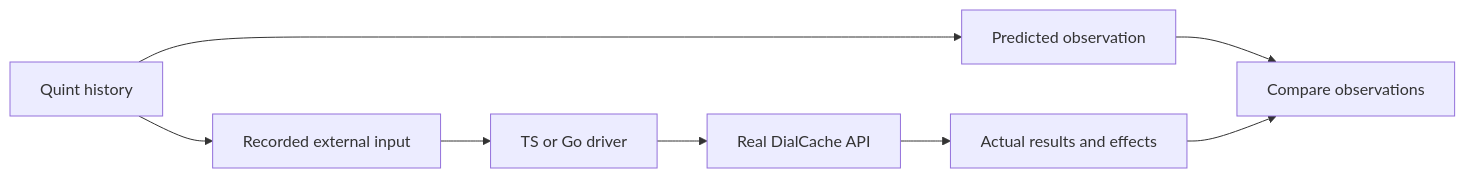
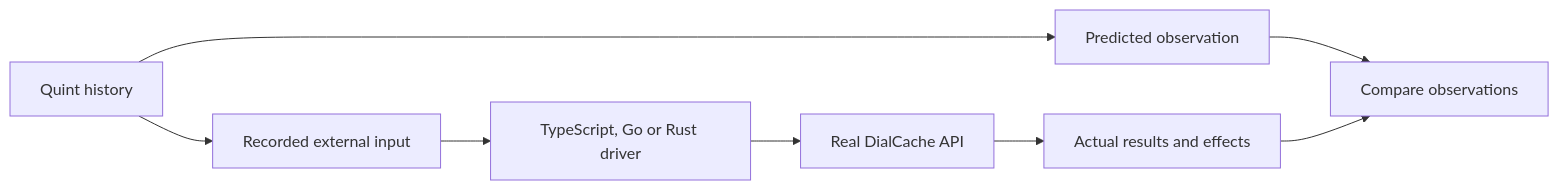
Before and after one commit to lan17/DialCache: the diagram in formal/WALKTHROUGH.md, drawn with Mermaid. The commit also changed other lines of this file and 7 other files, not shown here.

````diff
--- a/formal/WALKTHROUGH.md
+++ b/formal/WALKTHROUGH.md
@@ -60,10 +64,10 @@
 ```mermaid
 flowchart LR
   Q[Quint history] --> I[Recorded external input]
   Q --> P[Predicted observation]
-  I --> D[TS or Go driver]
+  I --> D[TypeScript, Go or Rust driver]
   D --> C[Real DialCache API]
   C --> O[Actual results and effects]
   P --> A[Compare observations]
   O --> A
 ```
````
